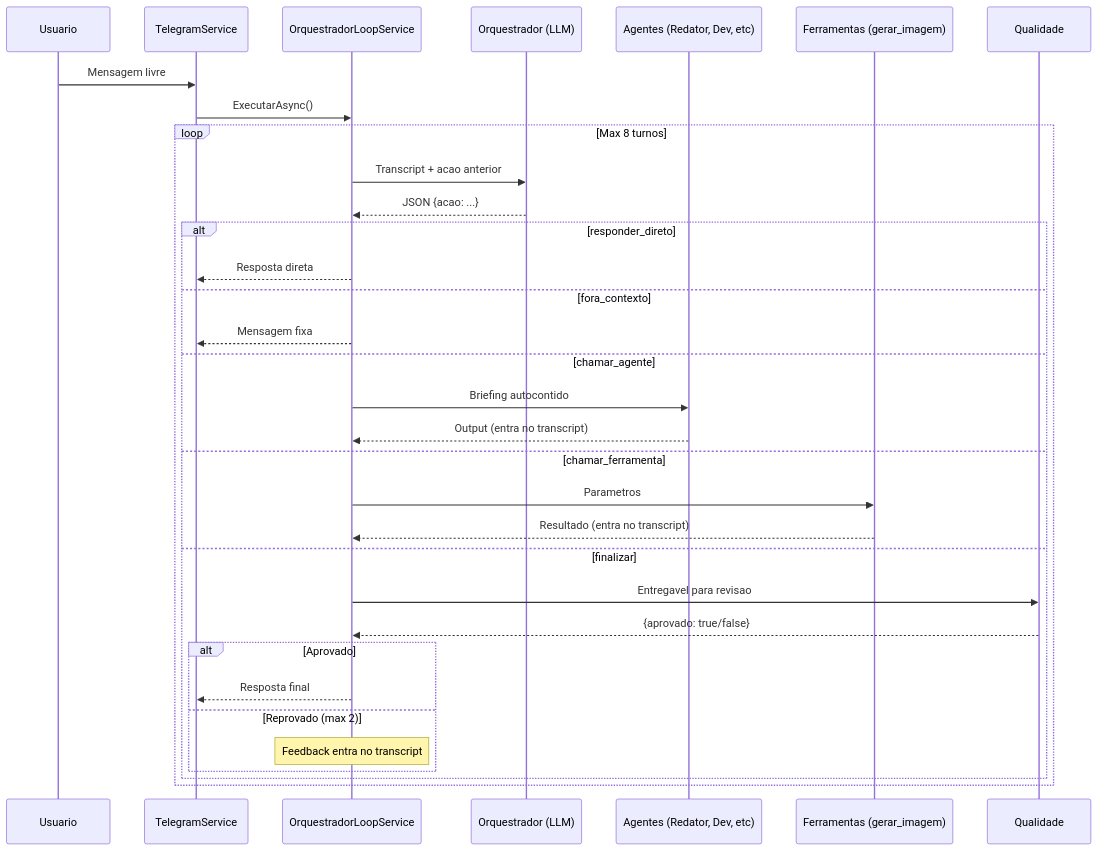
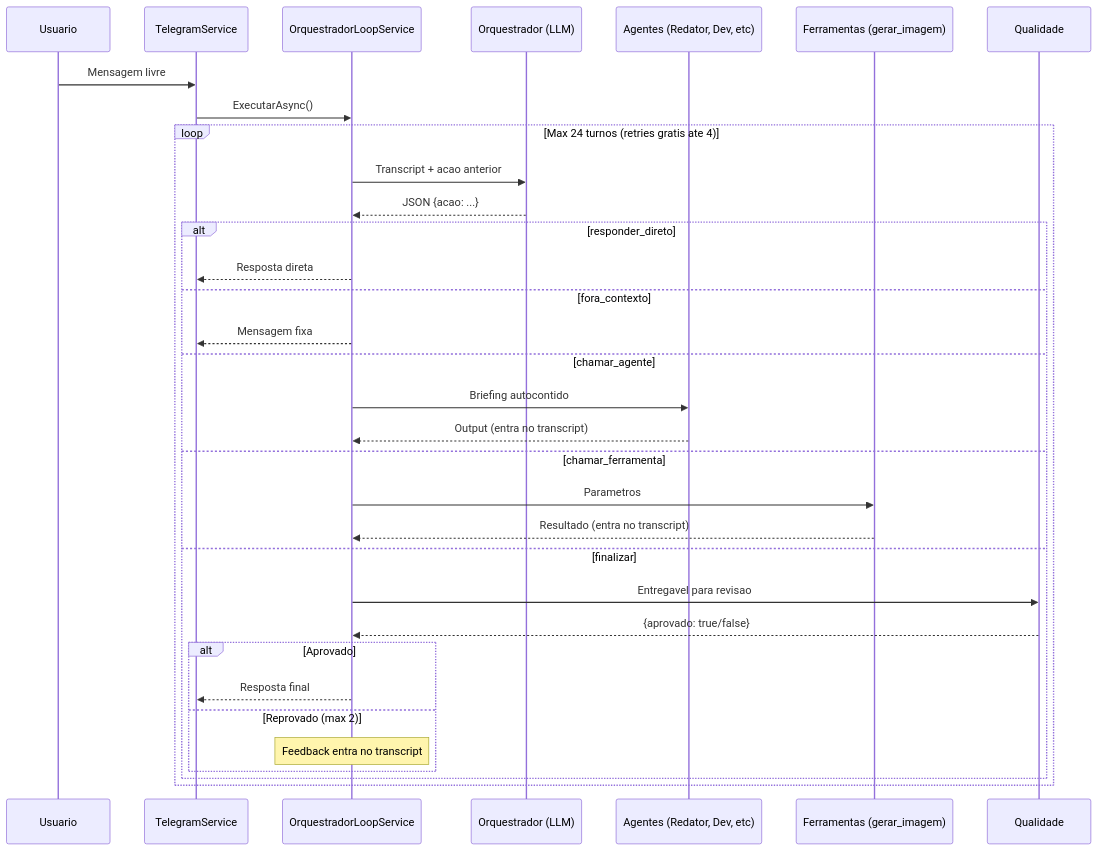
Before and after one commit to joaopedro-marques/suspira.fluxo.demo: the second of 16 diagrams in docs/ARCHITECTURE.md, drawn with Mermaid. The commit also changed other lines of this file, not shown here.

Commit message:
docs: contrato JSON de agentes, biblioteca de assets e politica de turnos na arquitetura

````diff
--- a/docs/ARCHITECTURE.md
+++ b/docs/ARCHITECTURE.md
@@ -65,38 +65,38 @@
 ```mermaid
 sequenceDiagram
     participant U as Usuario
     participant T as TelegramService
     participant L as OrquestradorLoopService
     participant O as Orquestrador (LLM)
     participant A as Agentes (Redator, Dev, etc)
     participant F as Ferramentas (gerar_imagem)
     participant Q as Qualidade
 
     U->>T: Mensagem livre
     T->>L: ExecutarAsync()
 
-    loop Max 8 turnos
+    loop Max 24 turnos (retries gratis ate 4)
         L->>O: Transcript + acao anterior
         O-->>L: JSON {acao: ...}
 
         alt responder_direto
             L-->>T: Resposta direta
         else fora_contexto
             L-->>T: Mensagem fixa
         else chamar_agente
             L->>A: Briefing autocontido
             A-->>L: Output (entra no transcript)
         else chamar_ferramenta
             L->>F: Parametros
             F-->>L: Resultado (entra no transcript)
         else finalizar
             L->>Q: Entregavel para revisao
             Q-->>L: {aprovado: true/false}
             alt Aprovado
                 L-->>T: Resposta final
             else Reprovado (max 2)
                 Note over L: Feedback entra no transcript
             end
         end
     end
 ```
````
